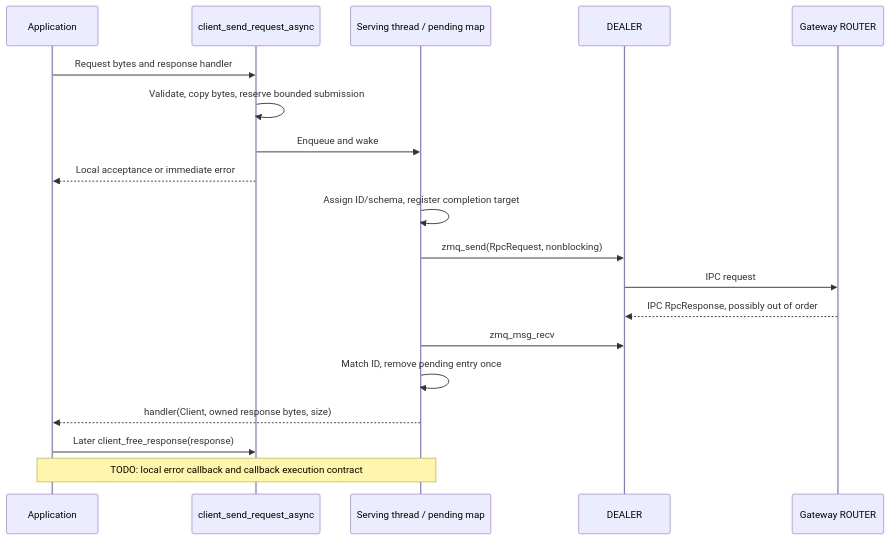
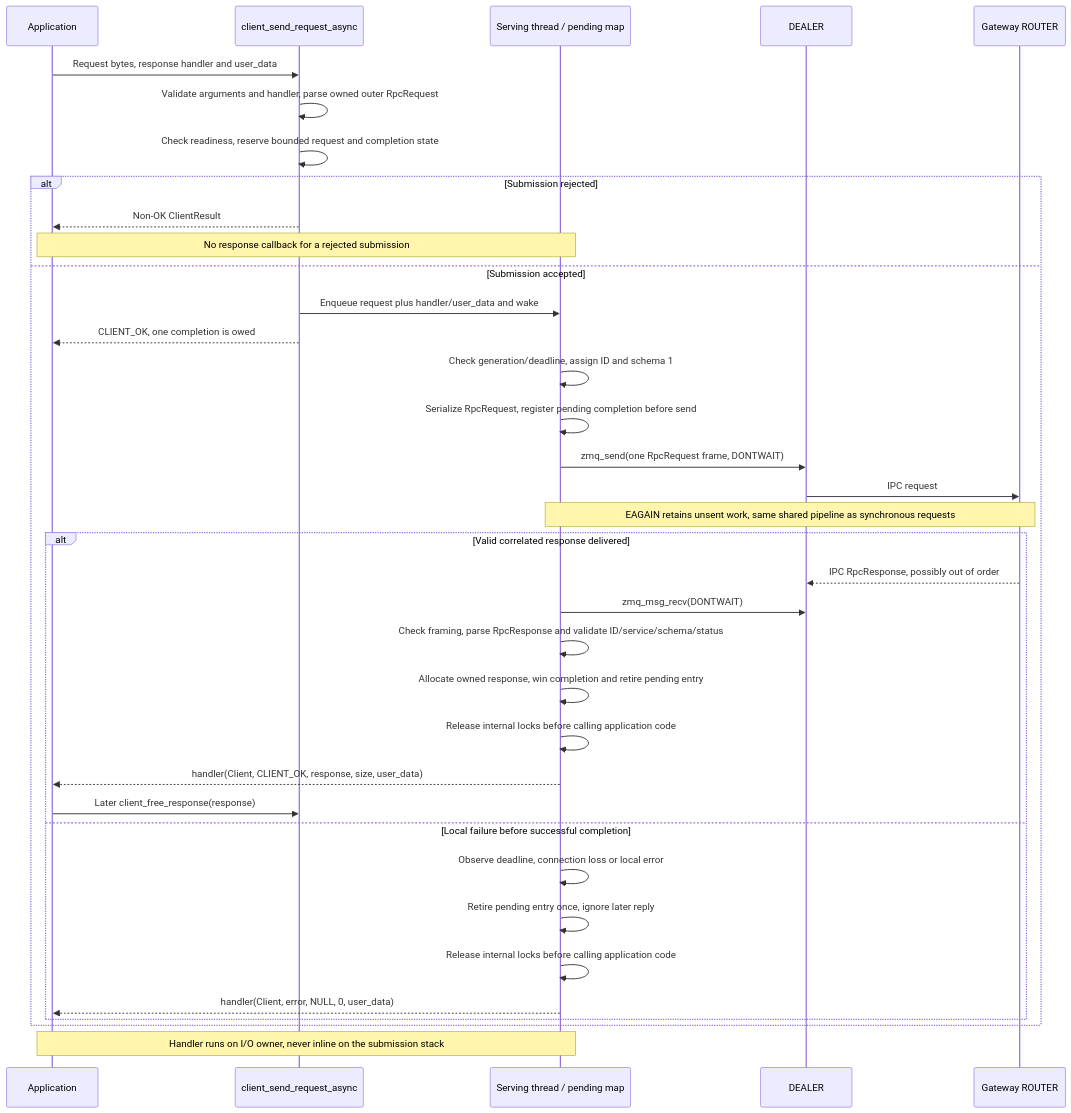
One commit to rdkcentral/eyil-secure-gateway changed the eighth of 29 diagrams in doc/EyilSecureGateway.md. Above: the diagram before and after it, drawn with Mermaid. The commit also changed other lines of this file, not shown here.

````diff
--- a/doc/EyilSecureGateway.md
+++ b/doc/EyilSecureGateway.md
@@ -625,21 +1291,38 @@
 ```mermaid
 sequenceDiagram
     participant A as Application
     participant API as client_send_request_async
     participant IO as Serving thread / pending map
     participant Z as DEALER
     participant G as Gateway ROUTER
-    A->>API: Request bytes and response handler
-    API->>API: Validate, copy bytes, reserve bounded submission
-    API->>IO: Enqueue and wake
-    API-->>A: Local acceptance or immediate error
-    IO->>IO: Assign ID/schema, register completion target
-    IO->>Z: zmq_send(RpcRequest, nonblocking)
-    Z->>G: IPC request
-    G-->>Z: IPC RpcResponse, possibly out of order
-    IO->>Z: zmq_msg_recv
-    IO->>IO: Match ID, remove pending entry once
-    IO-->>A: handler(Client, owned response bytes, size)
-    A->>API: Later client_free_response(response)
-    Note over A,IO: TODO: local error callback and callback execution contract
+    A->>API: Request bytes, response handler and user_data
+    API->>API: Validate arguments and handler, parse owned outer RpcRequest
+    API->>API: Check readiness, reserve bounded request and completion state
+    alt Submission rejected
+        API-->>A: Non-OK ClientResult
+        Note over A,IO: No response callback for a rejected submission
+    else Submission accepted
+        API->>IO: Enqueue request plus handler/user_data and wake
+        API-->>A: CLIENT_OK, one completion is owed
+        IO->>IO: Check generation/deadline, assign ID and schema 1
+        IO->>IO: Serialize RpcRequest, register pending completion before send
+        IO->>Z: zmq_send(one RpcRequest frame, DONTWAIT)
+        Z->>G: IPC request
+        Note over IO,G: EAGAIN retains unsent work, same shared pipeline as synchronous requests
+        alt Valid correlated response delivered
+            G-->>Z: IPC RpcResponse, possibly out of order
+            IO->>Z: zmq_msg_recv(DONTWAIT)
+            IO->>IO: Check framing, parse RpcResponse and validate ID/service/schema/status
+            IO->>IO: Allocate owned response, win completion and retire pending entry
+            IO->>IO: Release internal locks before calling application code
+            IO-->>A: handler(Client, CLIENT_OK, response, size, user_data)
+            A->>API: Later client_free_response(response)
+        else Local failure before successful completion
+            IO->>IO: Observe deadline, connection loss or local error
+            IO->>IO: Retire pending entry once, ignore later reply
+            IO->>IO: Release internal locks before calling application code
+            IO-->>A: handler(Client, error, NULL, 0, user_data)
+        end
+    end
+    Note over A,IO: Handler runs on I/O owner, never inline on the submission stack
 ```
````
